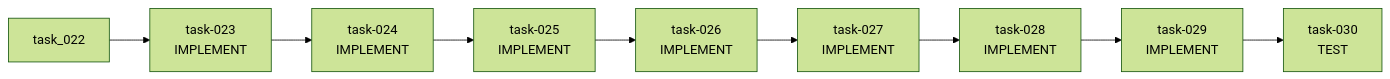
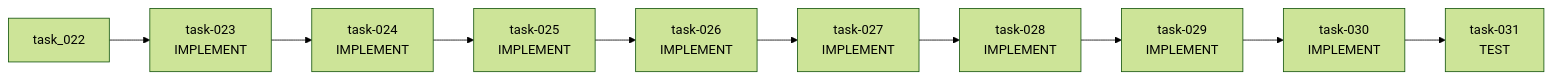
Before and after one commit to AndreVianna/aid-methodology: the fourth of 5 diagrams in .aid/works/work-001-agent-chat/PLAN.md, drawn with Mermaid (forest theme). The commit also changed other lines of this file and 20 other files, not shown here.

````diff
--- a/.aid/works/work-001-agent-chat/PLAN.md
+++ b/.aid/works/work-001-agent-chat/PLAN.md
@@ -332,19 +334,21 @@
 ```mermaid
 graph LR
   task_023["task-023<br/>IMPLEMENT"]
   task_024["task-024<br/>IMPLEMENT"]
   task_025["task-025<br/>IMPLEMENT"]
   task_026["task-026<br/>IMPLEMENT"]
   task_027["task-027<br/>IMPLEMENT"]
   task_028["task-028<br/>IMPLEMENT"]
   task_029["task-029<br/>IMPLEMENT"]
-  task_030["task-030<br/>TEST"]
+  task_030["task-030<br/>IMPLEMENT"]
+  task_031["task-031<br/>TEST"]
   task_022 --> task_023
   task_023 --> task_024
   task_024 --> task_025
   task_025 --> task_026
   task_026 --> task_027
   task_027 --> task_028
   task_028 --> task_029
   task_029 --> task_030
+  task_030 --> task_031
 ```
````
